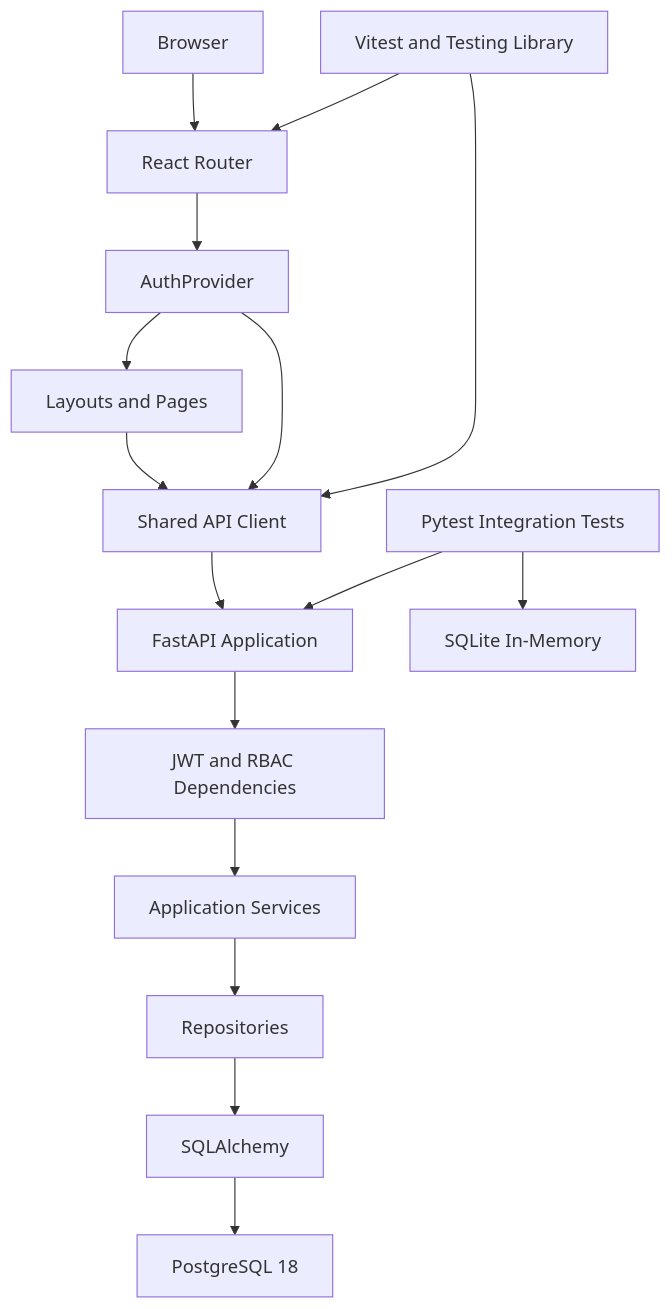
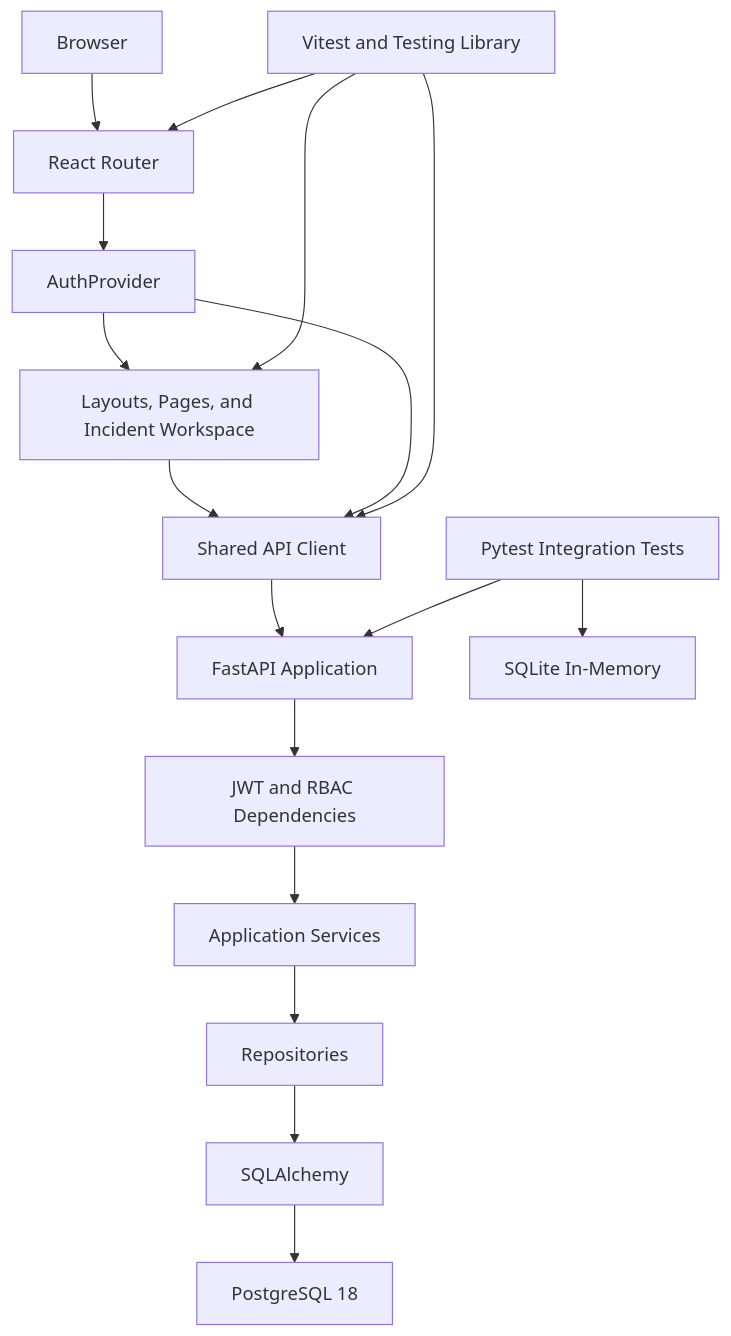
Before and after one commit to AJooujee/Software_Engineering_Career_Projects: the first of 4 diagrams in cloud-deployed-full-stack-system/docs/architecture.md, drawn with Mermaid. The commit also changed other lines of this file and 11 other files, not shown here.

Commit message:
feat(cloud): add frontend incident management workflow

````diff
--- a/cloud-deployed-full-stack-system/docs/architecture.md
+++ b/cloud-deployed-full-stack-system/docs/architecture.md
@@ -13,33 +13,34 @@
 ```mermaid
 flowchart TD
     Browser["Browser"]
     Router["React Router"]
     Auth["AuthProvider"]
-    UI["Layouts and Pages"]
+    UI["Layouts, Pages, and Incident Workspace"]
     Client["Shared API Client"]
     API["FastAPI Application"]
     Security["JWT and RBAC Dependencies"]
     Services["Application Services"]
     Repositories["Repositories"]
     ORM["SQLAlchemy"]
     PostgreSQL["PostgreSQL 18"]
     FrontendTests["Vitest and Testing Library"]
     BackendTests["Pytest Integration Tests"]
     SQLite["SQLite In-Memory"]
 
     Browser --> Router
     Router --> Auth
     Auth --> UI
     UI --> Client
     Auth --> Client
     Client --> API
     API --> Security
     Security --> Services
     Services --> Repositories
     Repositories --> ORM
     ORM --> PostgreSQL
     FrontendTests --> Router
+    FrontendTests --> UI
     FrontendTests --> Client
     BackendTests --> API
     BackendTests --> SQLite
 ```
````
